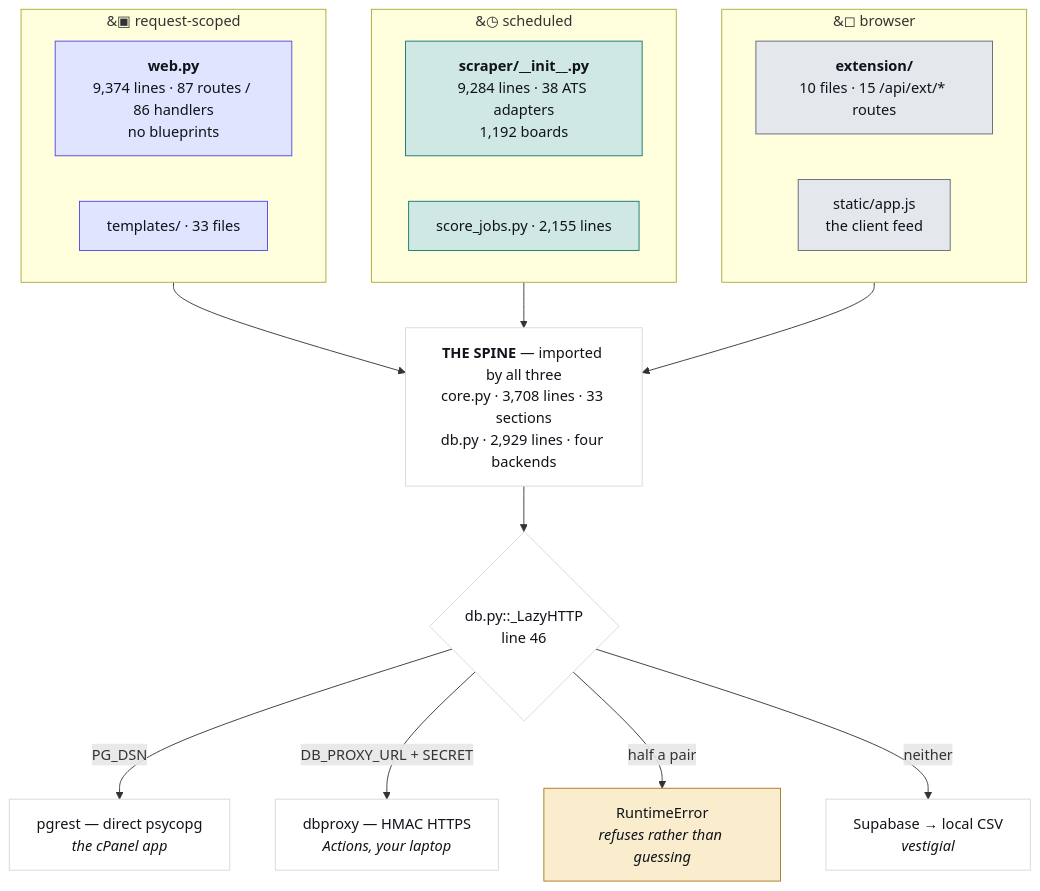
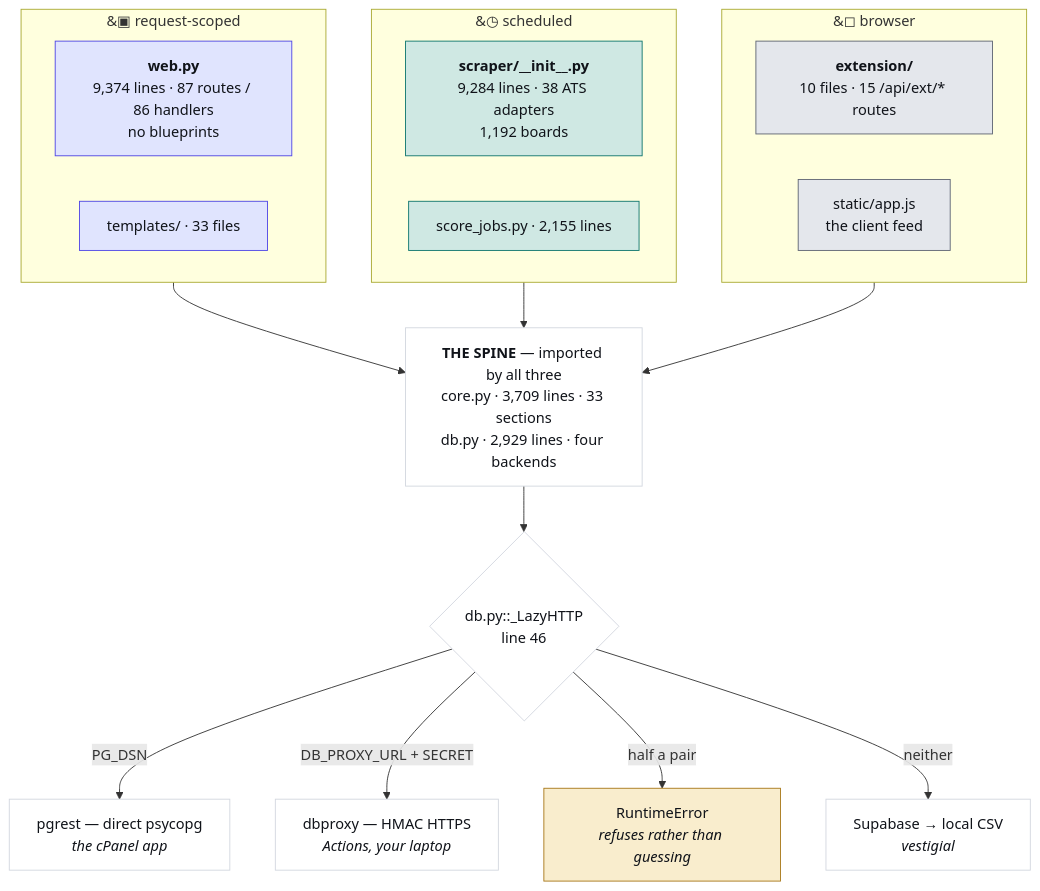
The first of 4 diagrams in JobMatch Scraper/docs/ARCHITECTURE.md (hadakunal909-debug/job-search-tool), drawn with Mermaid before and after one commit. The commit also changed other lines of this file and 8 other files, not shown here.

````diff
--- a/JobMatch Scraper/docs/ARCHITECTURE.md
+++ b/JobMatch Scraper/docs/ARCHITECTURE.md
@@ -45,34 +45,34 @@
 ```mermaid
 flowchart TB
   subgraph REQ["&#9635; request-scoped"]
     W["<b>web.py</b><br/>9,374 lines · 87 routes / 86 handlers<br/>no blueprints"]
     T["templates/ · 33 files"]
   end
   subgraph SCH["&#9719; scheduled"]
     S["<b>scraper/__init__.py</b><br/>9,284 lines · 38 ATS adapters<br/>1,192 boards"]
     J["score_jobs.py · 2,155 lines"]
   end
   subgraph CLI["&#9723; browser"]
     E["<b>extension/</b><br/>10 files · 15 /api/ext/* routes"]
     A["static/app.js<br/>the client feed"]
   end
-  SPINE["<b>THE SPINE</b> — imported by all three<br/>core.py · 3,708 lines · 33 sections<br/>db.py · 2,929 lines · four backends"]
+  SPINE["<b>THE SPINE</b> — imported by all three<br/>core.py · 3,709 lines · 33 sections<br/>db.py · 2,929 lines · four backends"]
   REQ --> SPINE
   SCH --> SPINE
   CLI --> SPINE
   SPINE --> D{"db.py::_LazyHTTP<br/>line 46"}
   D -->|"PG_DSN"| P["pgrest — direct psycopg<br/><i>the cPanel app</i>"]
   D -->|"DB_PROXY_URL + SECRET"| X["dbproxy — HMAC HTTPS<br/><i>Actions, your laptop</i>"]
   D -->|"half a pair"| R["RuntimeError<br/><i>refuses rather than guessing</i>"]
   D -->|"neither"| V["Supabase → local CSV<br/><i>vestigial</i>"]
   classDef web fill:#e0e4fe,stroke:#4f46e5,color:#101319
   classDef sched fill:#cfe8e3,stroke:#0f766e,color:#101319
   classDef client fill:#e4e7ec,stroke:#5f6573,color:#101319
   classDef trap fill:#f9edcd,stroke:#a8781a,color:#101319
   classDef plain fill:#ffffff,stroke:#d3d7df,color:#101319
   class W,T web
   class S,J sched
   class E,A client
   class R trap
   class SPINE,D,P,X,V plain
 ```
````
